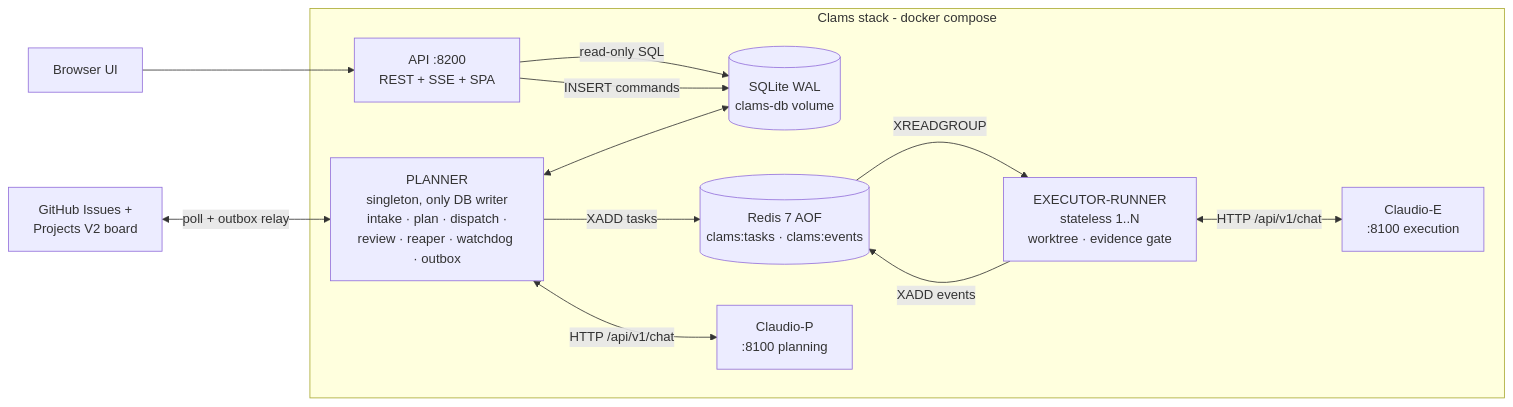
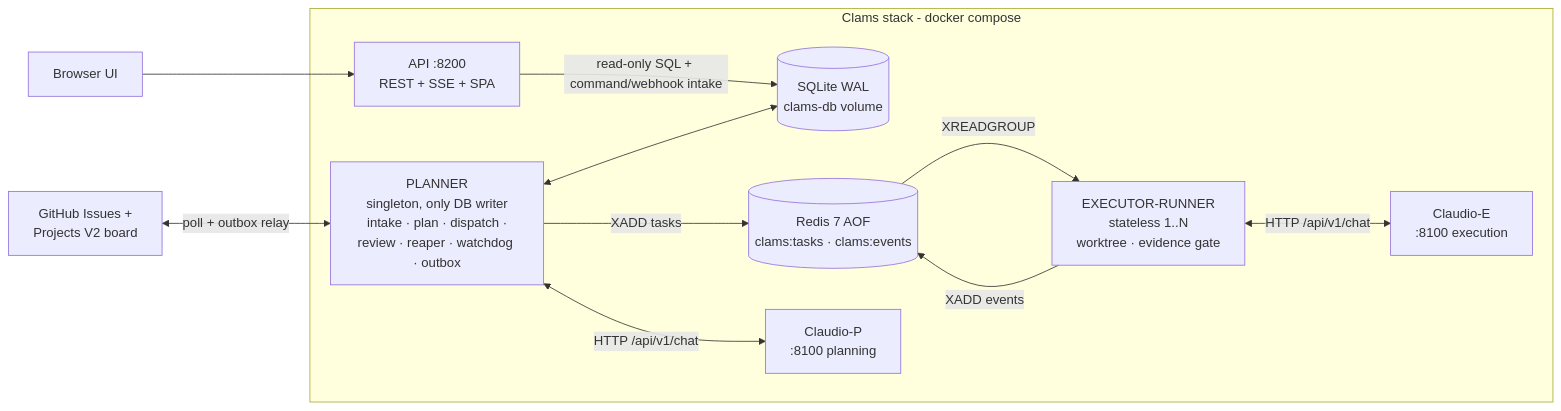
Before and after one commit to massimorofi/clams: the diagram in README.md, drawn with Mermaid. The commit also changed other lines of this file and 3 other files, not shown here.

Commit message:
documentation of deployment architecture

````diff
--- a/README.md
+++ b/README.md
@@ -25,24 +28,23 @@
 ```mermaid
 flowchart LR
     GH[GitHub Issues +<br/>Projects V2 board]
     subgraph CLAMS[Clams stack - docker compose]
         P[PLANNER<br/>singleton, only DB writer<br/>intake · plan · dispatch ·<br/>review · reaper · watchdog · outbox]
         E[EXECUTOR-RUNNER<br/>stateless 1..N<br/>worktree · evidence gate]
         A[API :8200<br/>REST + SSE + SPA]
         DB[(SQLite WAL<br/>clams-db volume)]
         R[(Redis 7 AOF<br/>clams:tasks · clams:events)]
         CP[ Claudio-P<br/>:8100 planning]
         CE[ Claudio-E<br/>:8100 execution]
     end
     B[Browser UI]
     GH <-->|poll + outbox relay| P
     P <--> DB
     P -->|XADD tasks| R
     R -->|XREADGROUP| E
     E -->|XADD events| R
-    A -->|read-only SQL| DB
-    A -->|INSERT commands| DB
+    A -->|read-only SQL + command/webhook intake| DB
     B --> A
     P <-->|HTTP /api/v1/chat| CP
     E <-->|HTTP /api/v1/chat| CE
 ```
````
